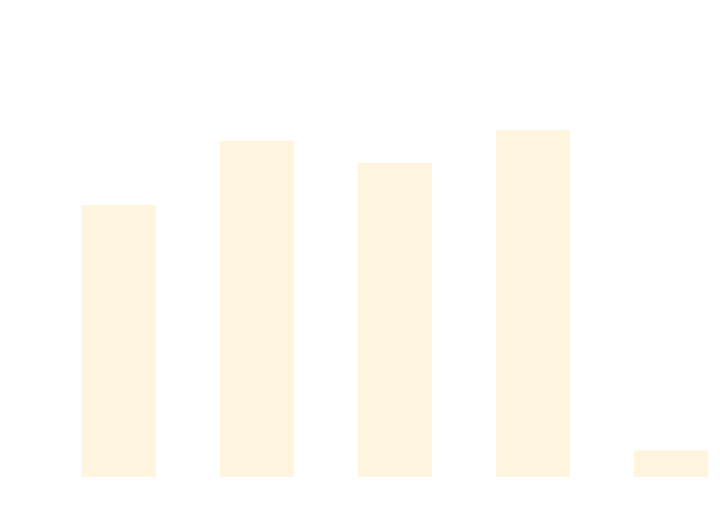
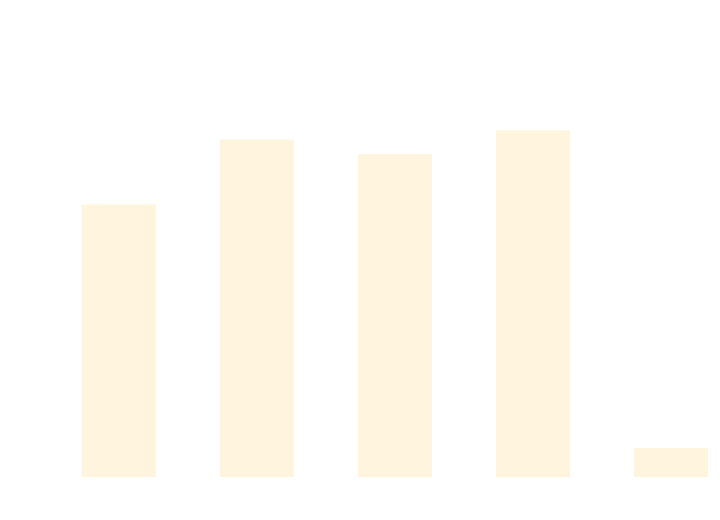
The diagram in docs/docs/benchmarks/ScaleTests.md (weiyilai/TUnit), drawn with Mermaid before and after one commit. The commit also changed other lines of this file and 17 other files, not shown here.

````diff
--- a/docs/docs/benchmarks/ScaleTests.md
+++ b/docs/docs/benchmarks/ScaleTests.md
@@ -27,37 +27,37 @@
 ```mermaid
 %%{init: {
   'theme':'base',
   'themeVariables': {
     'primaryColor': '#2563eb',
     'primaryTextColor': '#ffffff',
     'primaryBorderColor': '#1e40af',
     'lineColor': '#6b7280',
     'secondaryColor': '#7c3aed',
     'tertiaryColor': '#dc2626',
     'background': '#ffffff',
     'mainBkg': '#2563eb',
     'secondBkg': '#7c3aed',
     'tertiaryBkg': '#dc2626',
     'clusterBkg': '#f3f4f6',
     'edgeLabelBackground': '#ffffff',
     'tertiaryTextColor': '#1f2937',
     'pie1': '#2563eb',
     'pie2': '#7c3aed',
     'pie3': '#dc2626',
     'pie4': '#f59e0b',
     'pie5': '#10b981',
     'pie6': '#06b6d4',
     'pie7': '#ec4899',
     'pie8': '#6366f1',
     'pie9': '#84cc16',
     'pie10': '#f97316',
     'pie11': '#14b8a6',
     'pie12': '#a855f7'
   }
 }}%%
 xychart-beta
   title "ScaleTests Performance Comparison"
   x-axis ["TUnit", "NUnit", "MSTest", "xUnit3", "TUnit_AOT"]
-  y-axis "Time (ms)" 0 --> 770
-  bar [499.61, 621.11, 579.68, 640.92, 35.39]
+  y-axis "Time (ms)" 0 --> 702
+  bar [456.26, 568.26, 543.14, 584.27, 36.48]
 ```
````
